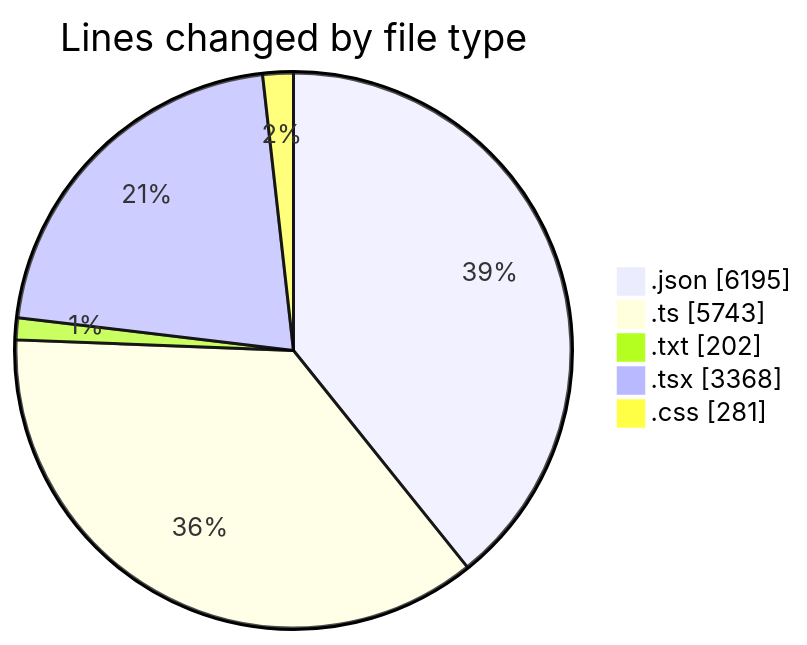
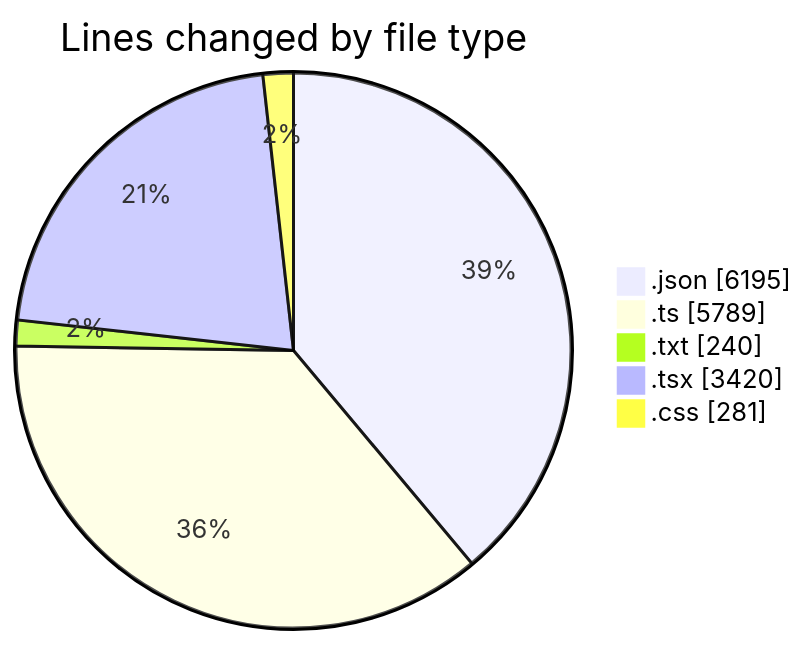
Before and after one commit to CELIANVF/code-tracking: the first of 2 diagrams in 2025-05-27/ecodeli-1/README.md, drawn with Mermaid. The commit also changed other lines of this file and 1 other file, not shown here.

````diff
--- a/2025-05-27/ecodeli-1/README.md
+++ b/2025-05-27/ecodeli-1/README.md
@@ -41,9 +41,9 @@
 ```mermaid
 pie showData
 title Lines changed by file type
 ".json" : 6195
-".ts" : 5743
-".txt" : 202
-".tsx" : 3368
+".ts" : 5789
+".txt" : 240
+".tsx" : 3420
 ".css" : 281
 ```
````
